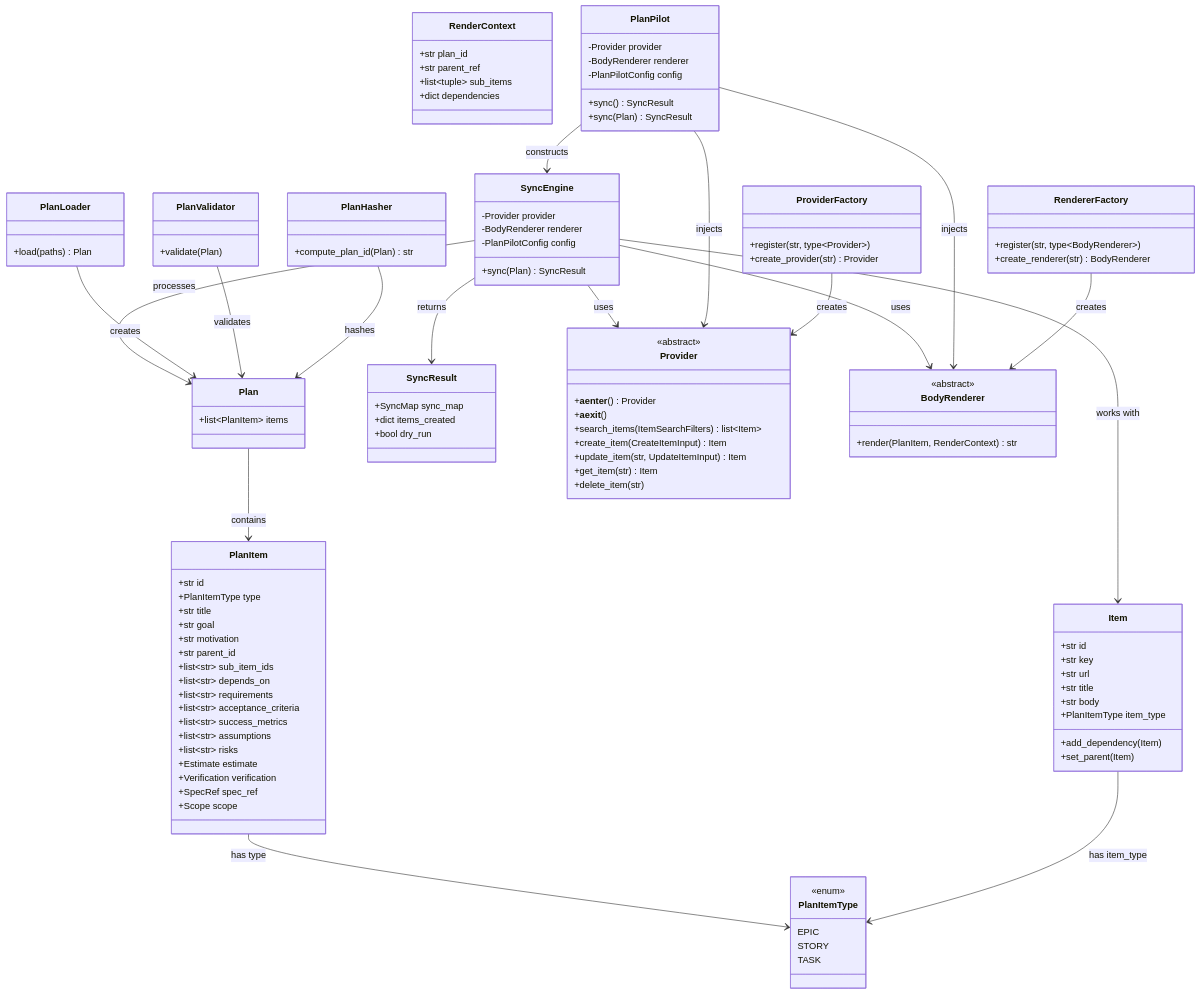
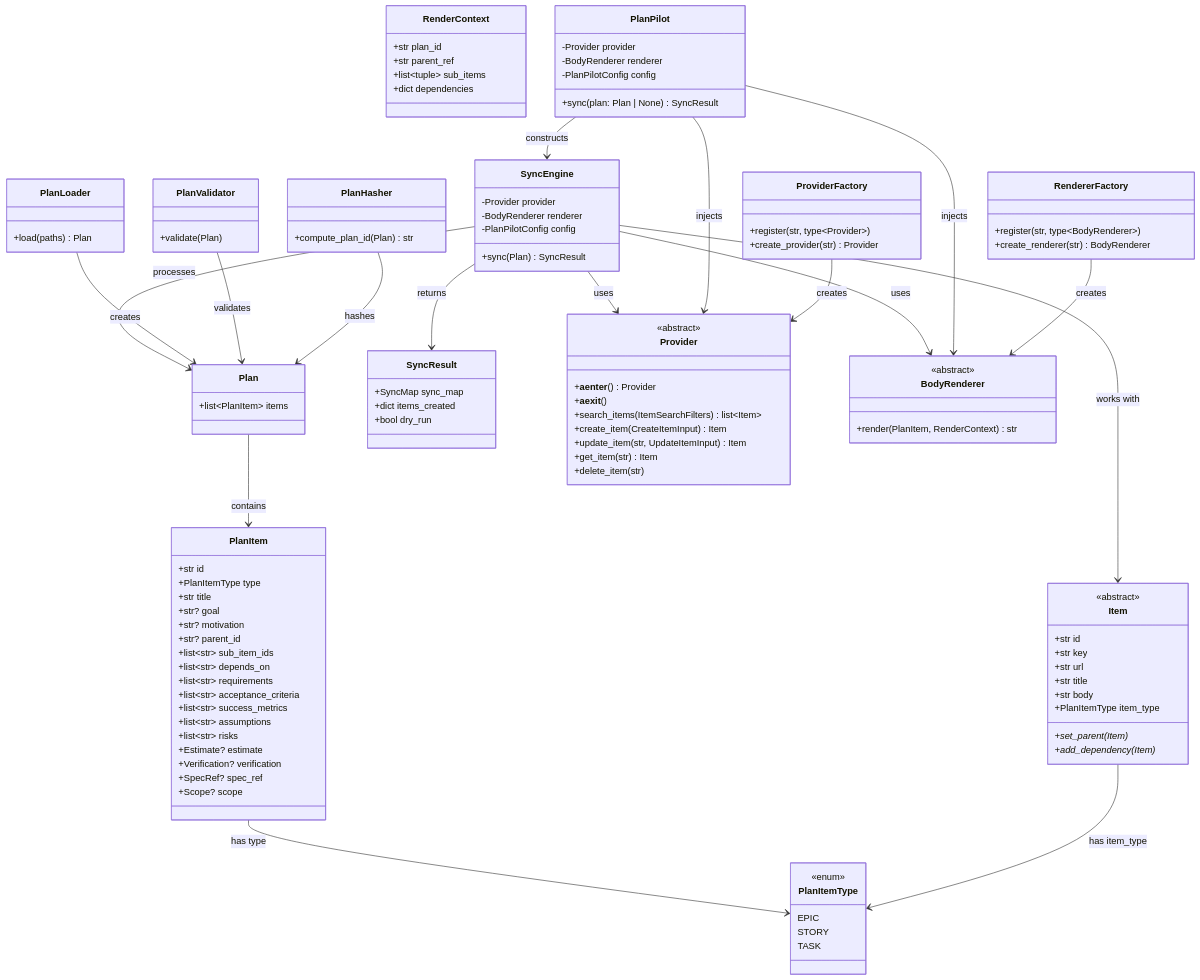
Before and after one commit to aryeko/planpilot: the second of 3 diagrams in docs/v2/architecture.md, drawn with Mermaid. The commit also changed other lines of this file and 3 other files, not shown here.

First line of the commit message:
docs: fix v2 architecture design issues from review

```diff
--- a/docs/v2/architecture.md
+++ b/docs/v2/architecture.md
@@ -308,9 +318,9 @@
         +str id
         +PlanItemType type
         +str title
-        +str goal
-        +str motivation
-        +str parent_id
+        +str? goal
+        +str? motivation
+        +str? parent_id
         +list~str~ sub_item_ids
         +list~str~ depends_on
         +list~str~ requirements
@@ -318,10 +328,10 @@
         +list~str~ success_metrics
         +list~str~ assumptions
         +list~str~ risks
-        +Estimate estimate
-        +Verification verification
-        +SpecRef spec_ref
-        +Scope scope
+        +Estimate? estimate
+        +Verification? verification
+        +SpecRef? spec_ref
+        +Scope? scope
     }
 
     class Plan {
@@ -329,14 +339,15 @@
     }
 
     class Item {
+        <<abstract>>
         +str id
         +str key
         +str url
         +str title
         +str body
         +PlanItemType item_type
-        +add_dependency(Item)
-        +set_parent(Item)
+        +set_parent(Item)*
+        +add_dependency(Item)*
     }
 
     class SyncResult {
@@ -401,8 +412,7 @@
         -Provider provider
         -BodyRenderer renderer
         -PlanPilotConfig config
-        +sync() SyncResult
-        +sync(Plan) SyncResult
+        +sync(plan: Plan | None) SyncResult
     }
 
     PlanItem --> PlanItemType : has type
```
